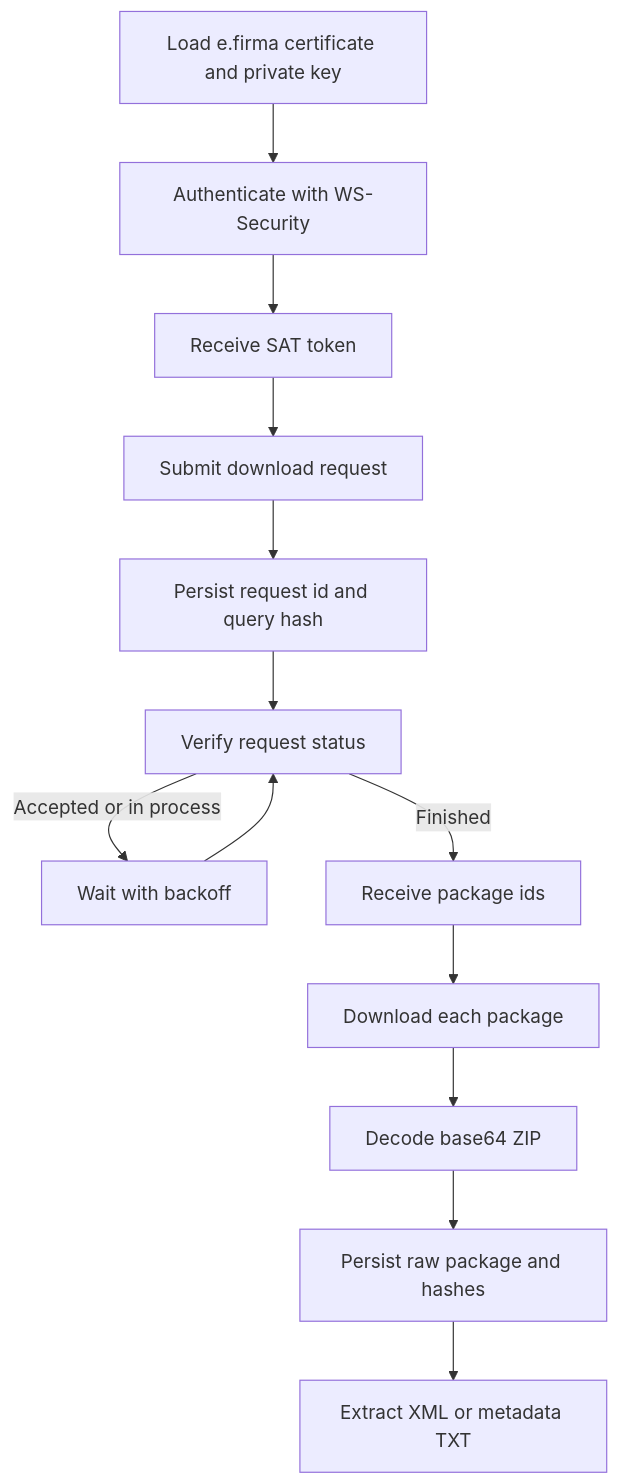
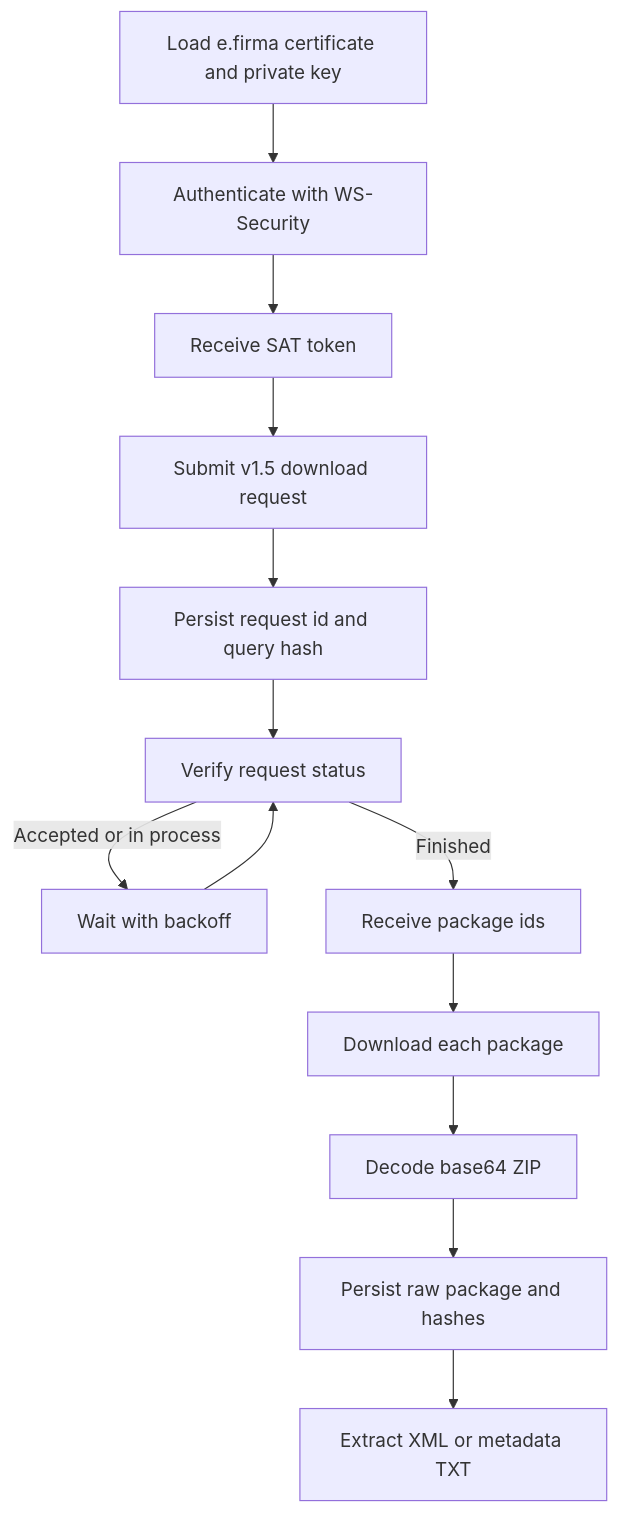
Before and after one commit to Crls8a/cfdi-vault-mx: the diagram in docs/sat-download/service-flow.md, drawn with Mermaid. The commit also changed other lines of this file and 11 other files, not shown here.

````diff
--- a/docs/sat-download/service-flow.md
+++ b/docs/sat-download/service-flow.md
@@ -7,15 +22,15 @@
 ```mermaid
 flowchart TD
     A[Load e.firma certificate and private key] --> B[Authenticate with WS-Security]
     B --> C[Receive SAT token]
-    C --> D[Submit download request]
+    C --> D[Submit v1.5 download request]
     D --> E[Persist request id and query hash]
     E --> F[Verify request status]
     F -->|Accepted or in process| G[Wait with backoff]
     G --> F
     F -->|Finished| H[Receive package ids]
     H --> I[Download each package]
     I --> J[Decode base64 ZIP]
     J --> K[Persist raw package and hashes]
     K --> L[Extract XML or metadata TXT]
 ```
````
